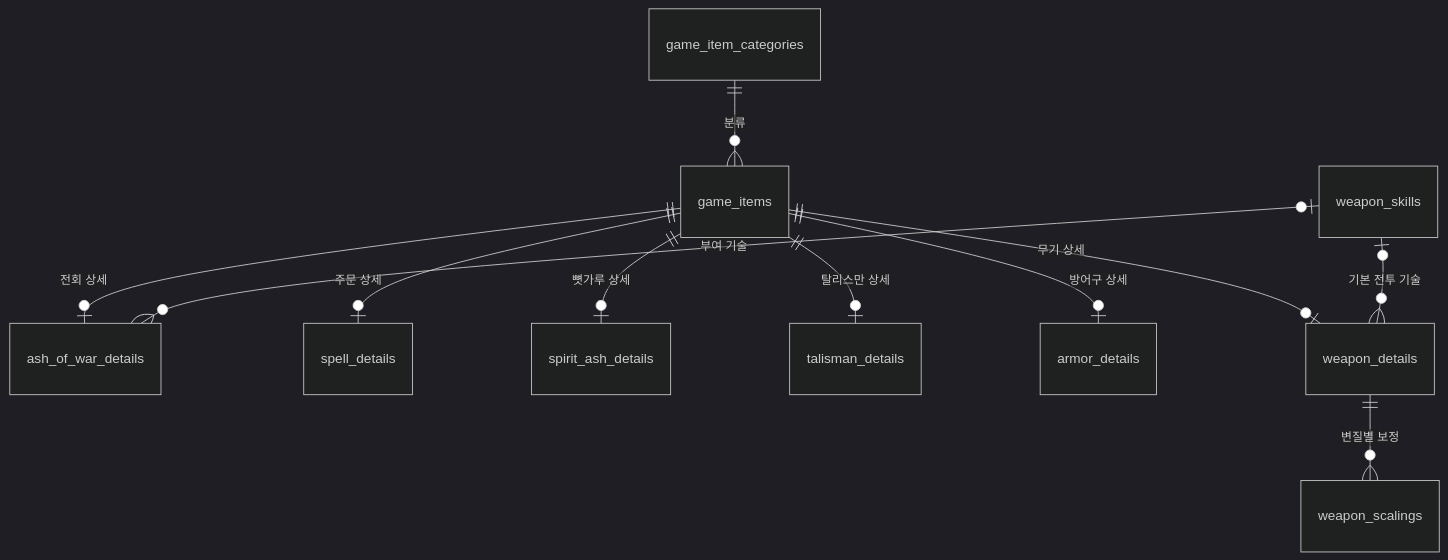
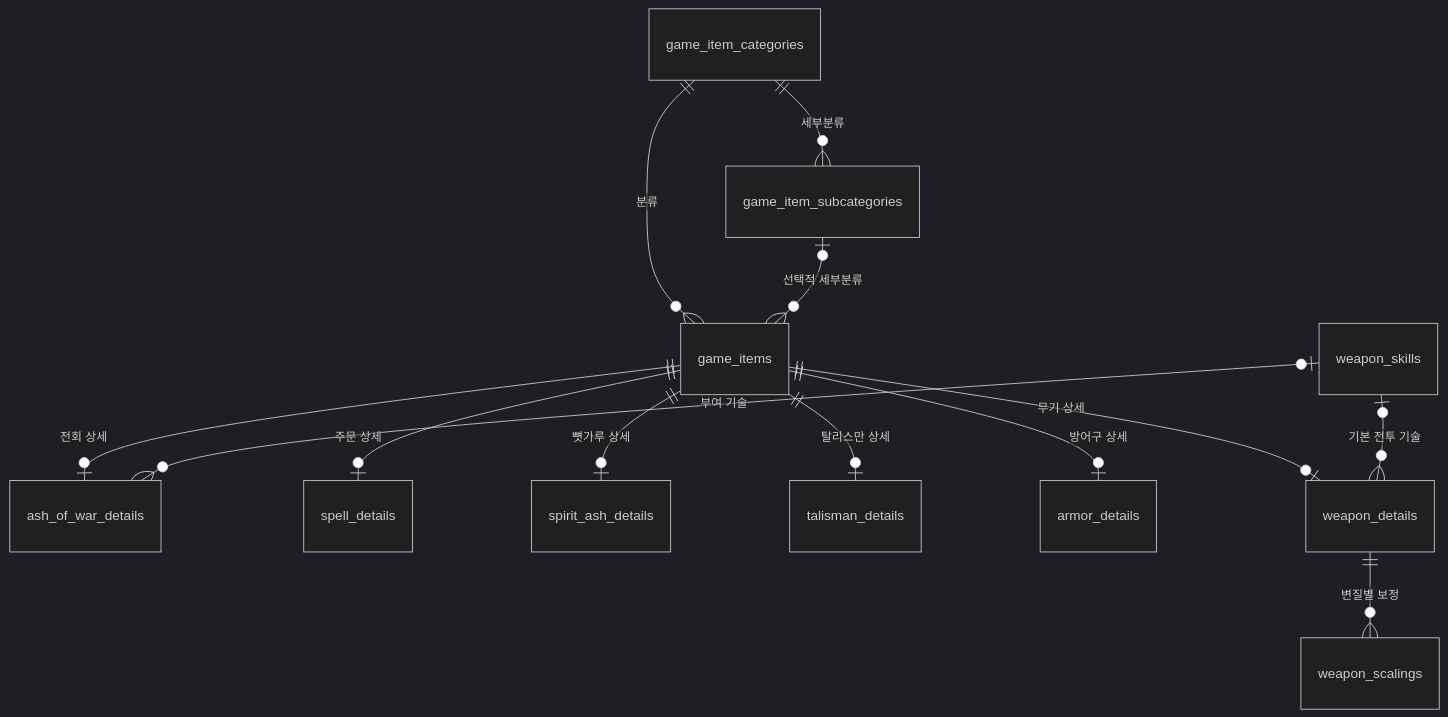
One commit to qpow1018/elden-wiki changed the diagram in docs/DATABASE.md. Above: the diagram before and after it, drawn with Mermaid (dark theme). The commit also changed other lines of this file and 2 other files, not shown here.

Commit message:
feat: add optional game item subcategory schema

````diff
--- a/docs/DATABASE.md
+++ b/docs/DATABASE.md
@@ -75,13 +75,15 @@
 ```mermaid
 erDiagram
   game_item_categories ||--o{ game_items : "분류"
+  game_item_categories ||--o{ game_item_subcategories : "세부분류"
+  game_item_subcategories o|--o{ game_items : "선택적 세부분류"
   game_items ||--o| ash_of_war_details : "전회 상세"
   weapon_skills o|--o{ ash_of_war_details : "부여 기술"
   game_items ||--o| spell_details : "주문 상세"
   game_items ||--o| spirit_ash_details : "뼛가루 상세"
   game_items ||--o| talisman_details : "탈리스만 상세"
   game_items ||--o| armor_details : "방어구 상세"
   game_items ||--o| weapon_details : "무기 상세"
   weapon_skills o|--o{ weapon_details : "기본 전투 기술"
   weapon_details ||--o{ weapon_scalings : "변질별 보정"
 ```
````
